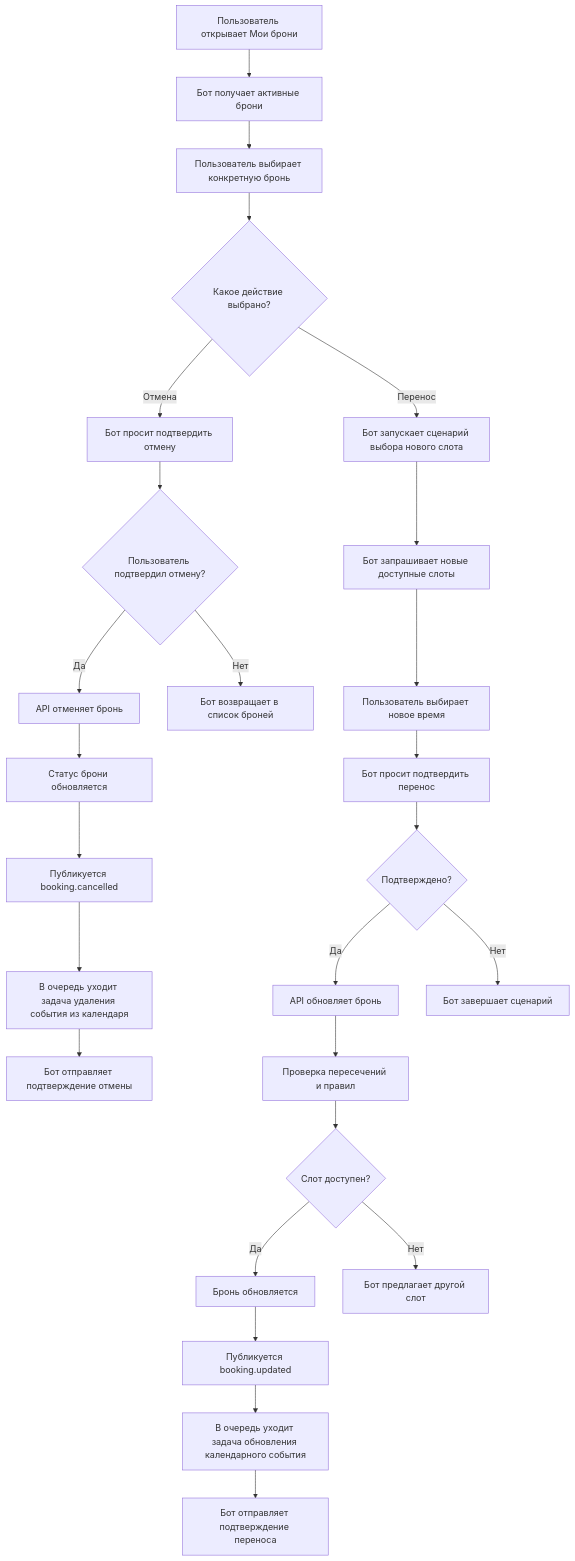
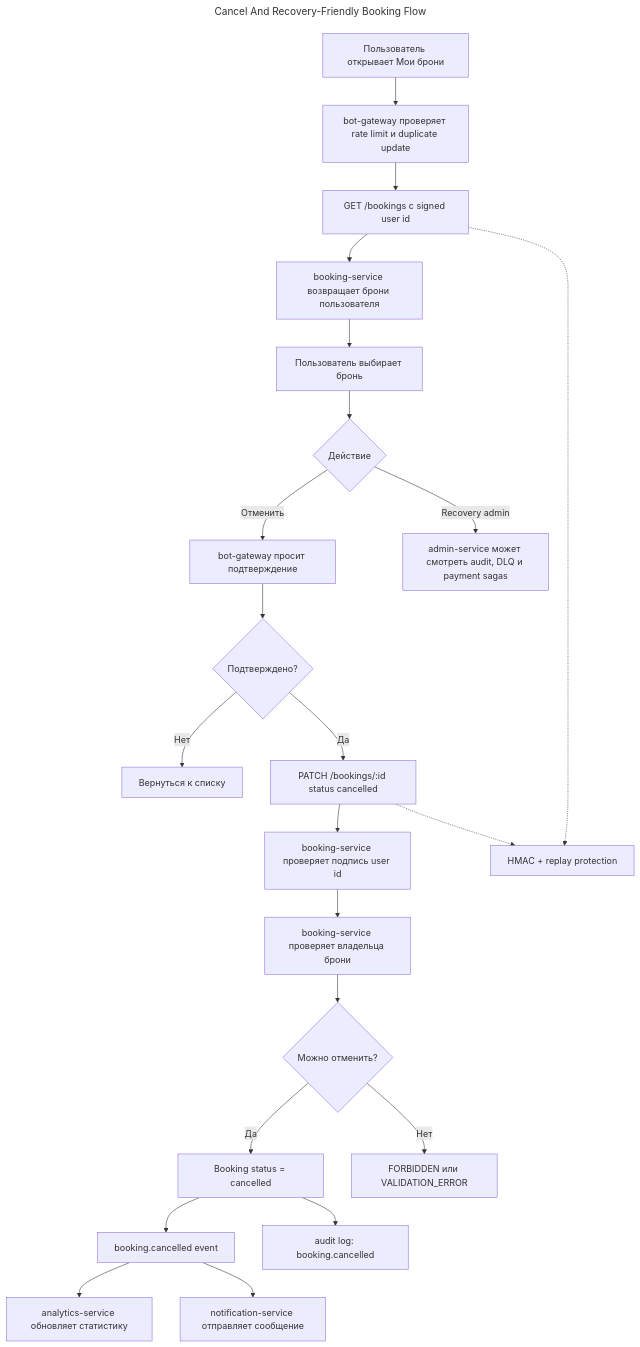
The diagram in docs/telegram-bot-diagrams/03-cancel-reschedule-flow.mmd (Hqzdev/Metrix), drawn with Mermaid before and after one commit. The commit also changed 162 other files, not shown here.

```diff
--- a/docs/telegram-bot-diagrams/03-cancel-reschedule-flow.mmd
+++ b/docs/telegram-bot-diagrams/03-cancel-reschedule-flow.mmd
@@ -1,34 +1,31 @@
+---
+title: Cancel And Recovery-Friendly Booking Flow
+---
 flowchart TD
-    A[Пользователь открывает Мои брони] --> B[Бот получает активные брони]
-    B --> C[Пользователь выбирает конкретную бронь]
+    A[Пользователь открывает Мои брони] --> B[bot-gateway проверяет rate limit и duplicate update]
+    B --> C[GET /bookings с signed user id]
+    C --> D[booking-service возвращает брони пользователя]
+    D --> E[Пользователь выбирает бронь]
 
-    C --> D{Какое действие выбрано?}
+    E --> F{Действие}
 
-    D -->|Отмена| E[Бот просит подтвердить отмену]
-    D -->|Перенос| F[Бот запускает сценарий выбора нового слота]
+    F -->|Отменить| G[bot-gateway просит подтверждение]
+    G --> H{Подтверждено?}
+    H -->|Нет| I[Вернуться к списку]
+    H -->|Да| J[PATCH /bookings/:id status cancelled]
 
-    E --> G{Пользователь подтвердил отмену?}
-    G -->|Да| H[API отменяет бронь]
-    G -->|Нет| I[Бот возвращает в список броней]
+    J --> K[booking-service проверяет подпись user id]
+    K --> L[booking-service проверяет владельца брони]
+    L --> M{Можно отменить?}
+    M -->|Да| N[Booking status = cancelled]
+    M -->|Нет| O[FORBIDDEN или VALIDATION_ERROR]
 
-    H --> J[Статус брони обновляется]
-    J --> K[Публикуется booking.cancelled]
-    K --> L[В очередь уходит задача удаления события из календаря]
-    L --> M[Бот отправляет подтверждение отмены]
+    N --> P[booking.cancelled event]
+    P --> Q[analytics-service обновляет статистику]
+    P --> R[notification-service отправляет сообщение]
+    N --> S[audit log: booking.cancelled]
 
-    F --> N[Бот запрашивает новые доступные слоты]
-    N --> O[Пользователь выбирает новое время]
-    O --> P[Бот просит подтвердить перенос]
-    P --> Q{Подтверждено?}
+    F -->|Recovery admin| T[admin-service может смотреть audit, DLQ и payment sagas]
 
-    Q -->|Да| R[API обновляет бронь]
-    Q -->|Нет| S[Бот завершает сценарий]
-
-    R --> T[Проверка пересечений и правил]
-    T --> U{Слот доступен?}
-    U -->|Да| V[Бронь обновляется]
-    U -->|Нет| W[Бот предлагает другой слот]
-
-    V --> X[Публикуется booking.updated]
-    X --> Y[В очередь уходит задача обновления календарного события]
-    Y --> Z[Бот отправляет подтверждение переноса]
+    C -.-> SEC[HMAC + replay protection]
+    J -.-> SEC
```
